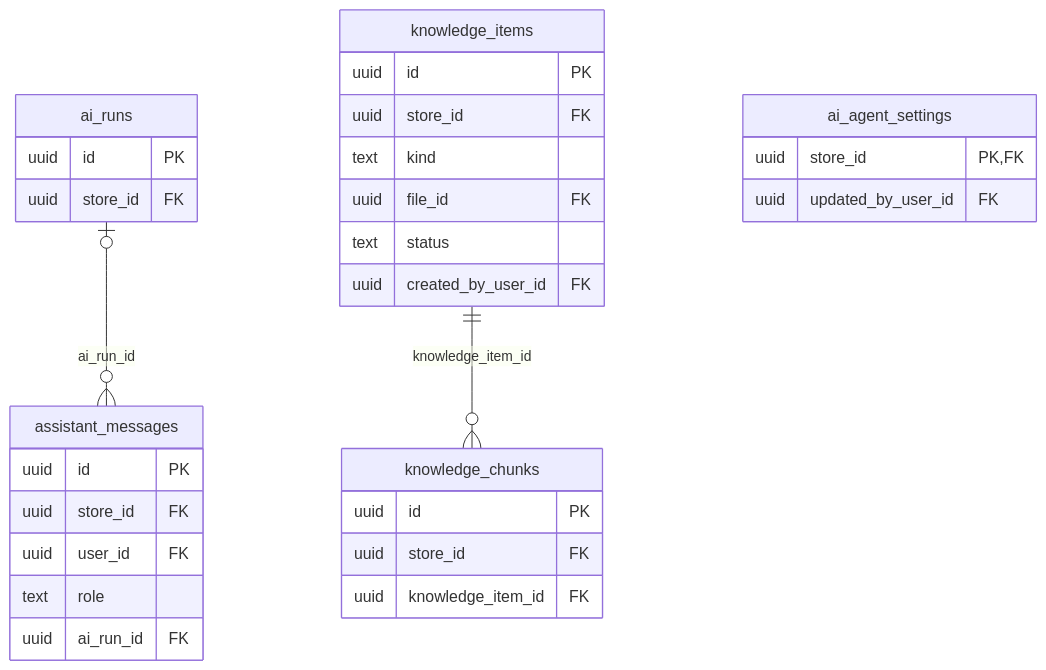
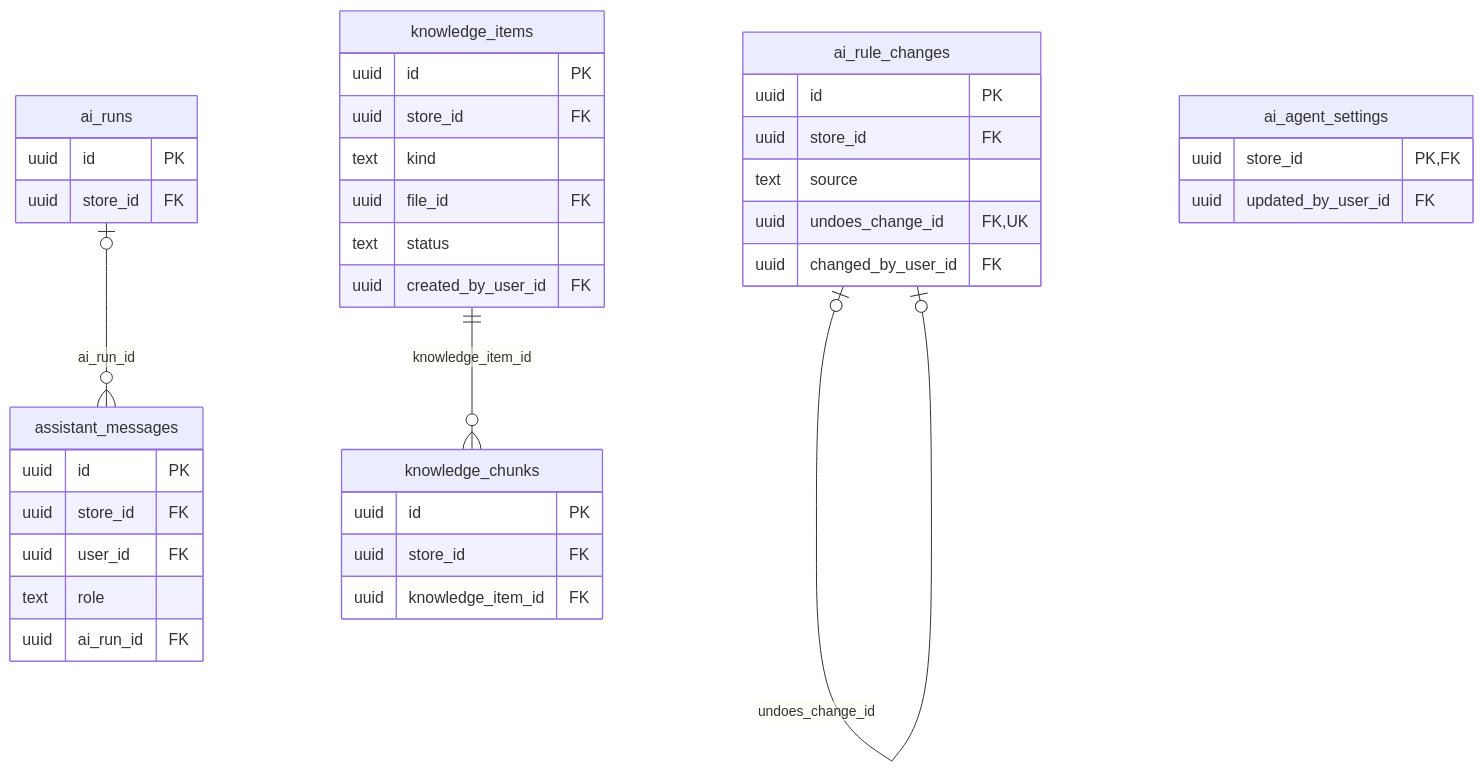
Before and after one commit to iamaaasif/dakly-app: the fifth of 8 diagrams in docs/data/er-diagram.md, drawn with Mermaid. The commit also changed other lines of this file and 17 other files, not shown here.

````diff
--- a/docs/data/er-diagram.md
+++ b/docs/data/er-diagram.md
@@ -316,33 +322,41 @@
 ```mermaid
 erDiagram
+    ai_rule_changes |o--o| ai_rule_changes : "undoes_change_id"
     ai_runs |o--o{ assistant_messages : "ai_run_id"
     knowledge_items ||--o{ knowledge_chunks : "knowledge_item_id"
     ai_agent_settings {
         uuid store_id PK,FK
         uuid updated_by_user_id FK
+    }
+    ai_rule_changes {
+        uuid id PK
+        uuid store_id FK
+        text source
+        uuid undoes_change_id FK,UK
+        uuid changed_by_user_id FK
     }
     ai_runs {
         uuid id PK
         uuid store_id FK
     }
     assistant_messages {
         uuid id PK
         uuid store_id FK
         uuid user_id FK
         text role
         uuid ai_run_id FK
     }
     knowledge_chunks {
         uuid id PK
         uuid store_id FK
         uuid knowledge_item_id FK
     }
     knowledge_items {
         uuid id PK
         uuid store_id FK
         text kind
         uuid file_id FK
         text status
         uuid created_by_user_id FK
     }
 ```
````
